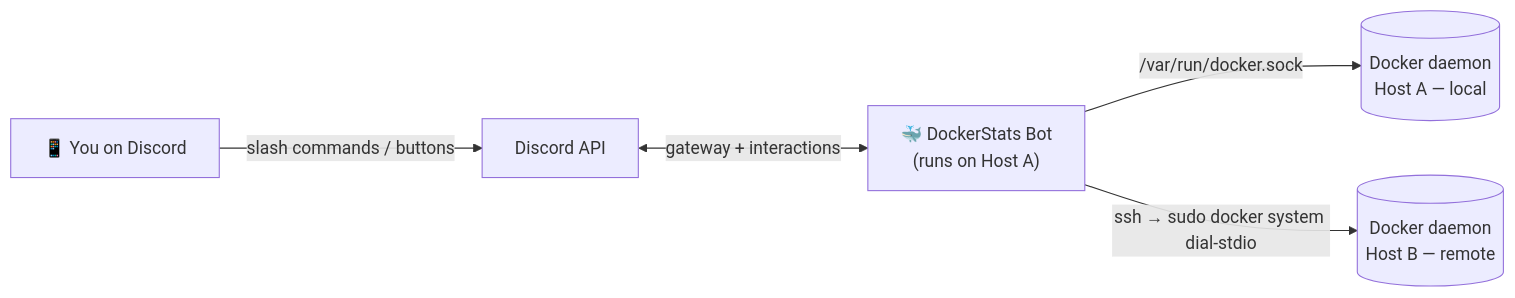
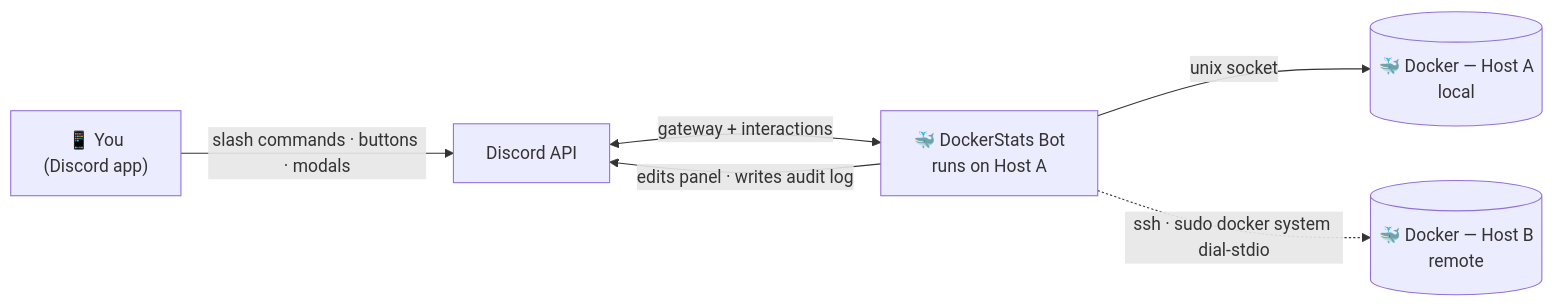
The first of 4 diagrams in README.md (the-eduardo/DockerStats-Discord-Bot), drawn with Mermaid before and after one commit. The commit also changed other lines of this file and 2 other files, not shown here.

Commit message:
docs: READMEs reestruturados (EN) com diagramas de arquitetura/roteamento + PT-BR alinhado + novo README.es (Espanhol LatAm)

````diff
--- a/README.md
+++ b/README.md
@@ -92,7 +98,8 @@
 ```mermaid
 flowchart LR
-    U["📱 You on Discord"] -->|slash commands / buttons| DG["Discord API"]
-    DG <-->|gateway + interactions| BOT["🐳 DockerStats Bot<br/>(runs on Host A)"]
-    BOT -->|/var/run/docker.sock| D1[("Docker daemon<br/>Host A — local")]
-    BOT -->|"ssh → sudo docker system dial-stdio"| D2[("Docker daemon<br/>Host B — remote")]
+    U["📱 You<br/>(Discord app)"] -->|"slash commands · buttons · modals"| API["Discord API"]
+    API <-->|"gateway + interactions"| BOT["🐳 DockerStats Bot<br/>runs on Host A"]
+    BOT -->|"edits panel · writes audit log"| API
+    BOT -->|"unix socket"| DA[("🐳 Docker — Host A<br/>local")]
+    BOT -.->|"ssh · sudo docker system dial-stdio"| DB[("🐳 Docker — Host B<br/>remote")]
 ```
````
